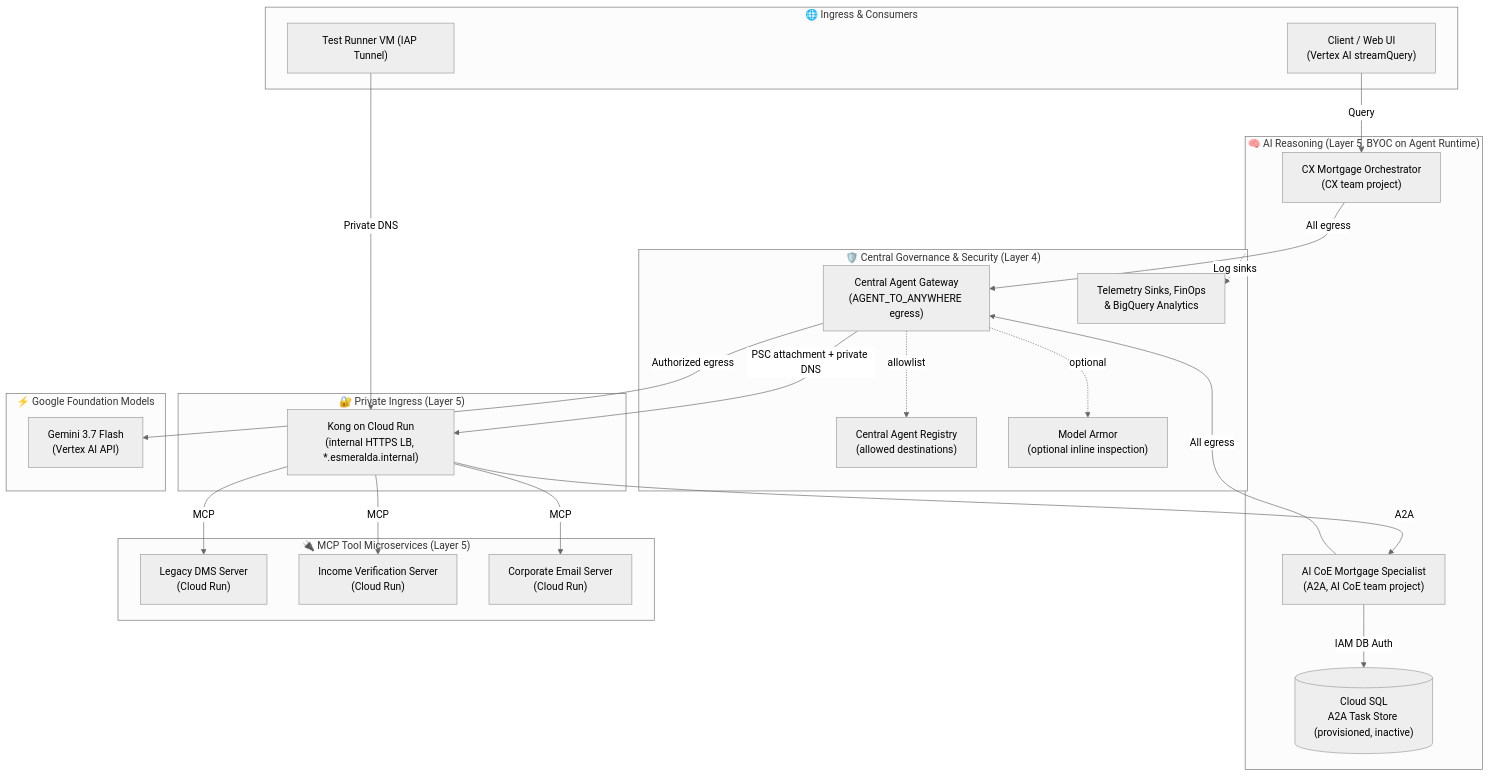
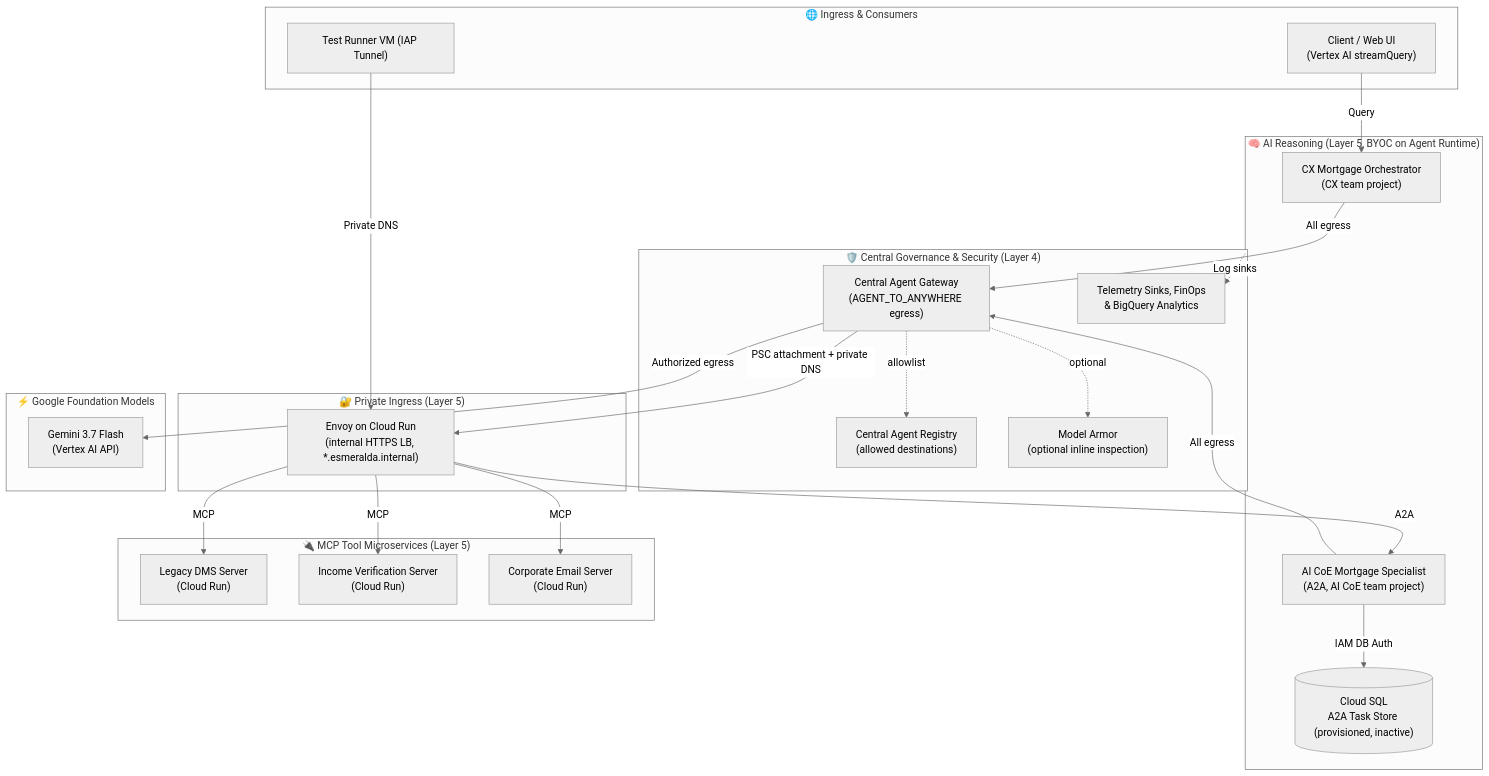
One commit to google/esmeralda changed the diagram in README.md. Above: the diagram before and after it, drawn with Mermaid (neutral theme). The commit also changed other lines of this file and 15 other files, not shown here.

````diff
--- a/README.md
+++ b/README.md
@@ -65,49 +65,49 @@
 ```mermaid
 flowchart TD
     subgraph Clients["🌐 Ingress & Consumers"]
         User["Client / Web UI\n(Vertex AI streamQuery)"]
         TestVM["Test Runner VM (IAP Tunnel)"]
     end
 
     subgraph Governance["🛡️ Central Governance & Security (Layer 4)"]
         AGW["Central Agent Gateway\n(AGENT_TO_ANYWHERE egress)"]
         AR["Central Agent Registry\n(allowed destinations)"]
         MA["Model Armor\n(optional inline inspection)"]
         FinOps["Telemetry Sinks, FinOps\n& BigQuery Analytics"]
     end
 
     subgraph Agents["🧠 AI Reasoning (Layer 5, BYOC on Agent Runtime)"]
         Orch["CX Mortgage Orchestrator\n(CX team project)"]
         Spec["AI CoE Mortgage Specialist\n(A2A, AI CoE team project)"]
         TaskDB[("Cloud SQL\nA2A Task Store (provisioned, inactive)")]
     end
 
     subgraph Private["🔐 Private Ingress (Layer 5)"]
-        Kong["Kong on Cloud Run\n(internal HTTPS LB, *.esmeralda.internal)"]
+        Envoy["Envoy on Cloud Run\n(internal HTTPS LB, *.esmeralda.internal)"]
     end
 
     subgraph Tools["🔌 MCP Tool Microservices (Layer 5)"]
         DMS["Legacy DMS Server\n(Cloud Run)"]
         Income["Income Verification Server\n(Cloud Run)"]
         Email["Corporate Email Server\n(Cloud Run)"]
     end
 
     subgraph Models["⚡ Google Foundation Models"]
         Gemini["Gemini 3.7 Flash\n(Vertex AI API)"]
     end
 
     User -->|Query| Orch
     Orch -->|All egress| AGW
     Spec -->|All egress| AGW
     AGW -. allowlist .-> AR
     AGW -. optional .-> MA
     AGW -->|Authorized egress| Gemini
-    AGW -->|PSC attachment + private DNS| Kong
-    TestVM -->|Private DNS| Kong
-    Kong -->|A2A| Spec
-    Kong -->|MCP| DMS
-    Kong -->|MCP| Income
-    Kong -->|MCP| Email
+    AGW -->|PSC attachment + private DNS| Envoy
+    TestVM -->|Private DNS| Envoy
+    Envoy -->|A2A| Spec
+    Envoy -->|MCP| DMS
+    Envoy -->|MCP| Income
+    Envoy -->|MCP| Email
     Spec -->|IAM DB Auth| TaskDB
     Agents -.->|Log sinks| FinOps
 ```
````
